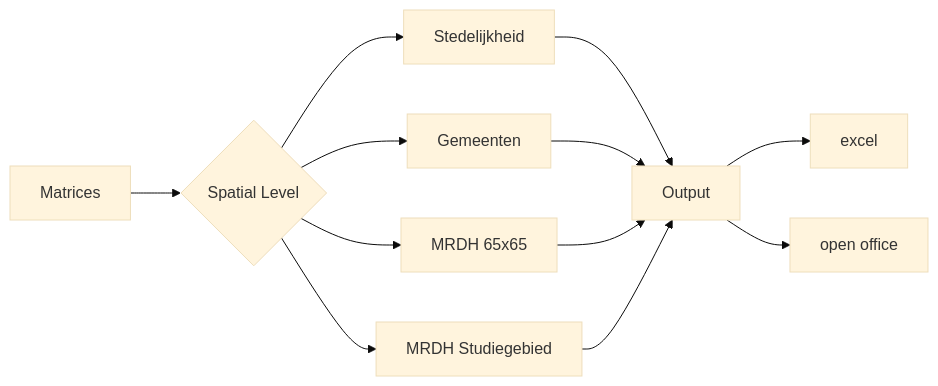
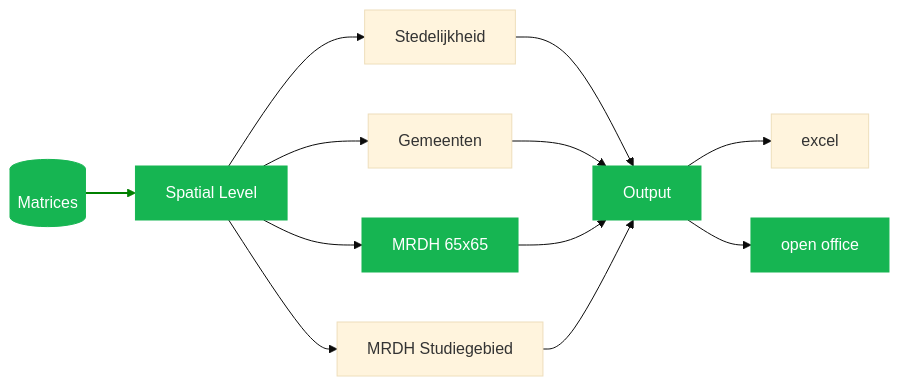
The diagram in Standard_uitvoer/02_MatrixCompressies/intro.qmd (otmodelsjobs/otmodelsjobs.github.io), drawn with Mermaid (base theme) before and after one commit. The commit also changed other lines of this file and 1 other file, not shown here.

Commit message:
graph color matrix oompression

````diff
--- a/Standard_uitvoer/02_MatrixCompressies/intro.qmd
+++ b/Standard_uitvoer/02_MatrixCompressies/intro.qmd
@@ -17,14 +14,26 @@
 ```{mermaid}
+
+
 flowchart LR
-A[Matrices] --> B{Spatial Level}
-B --> C[Stedelijkheid]
-B --> D[Gemeenten]
-B --> E[MRDH 65x65]
+
+%% colors %%
+classDef green fill:#16b552,stroke:#16b552,color:#fff
+
+
+
+A[(Matrices)]:::green --> B[Spatial Level]
+B -->  C[Stedelijkheid] 
+B --> D[Gemeenten] 
+B:::green --> E[MRDH 65x65]:::green
 B --> F[MRDH Studiegebied]
 C --> G[Output]
 D --> G[Output]
 E --> G[Output]
 F --> G[Output]
 G --> H[excel]
-G --> I[open office]
+G:::green --> I[open office]:::green
+
+linkStyle 0 stroke:green,stroke-width:2px
+
+
 ```
````
